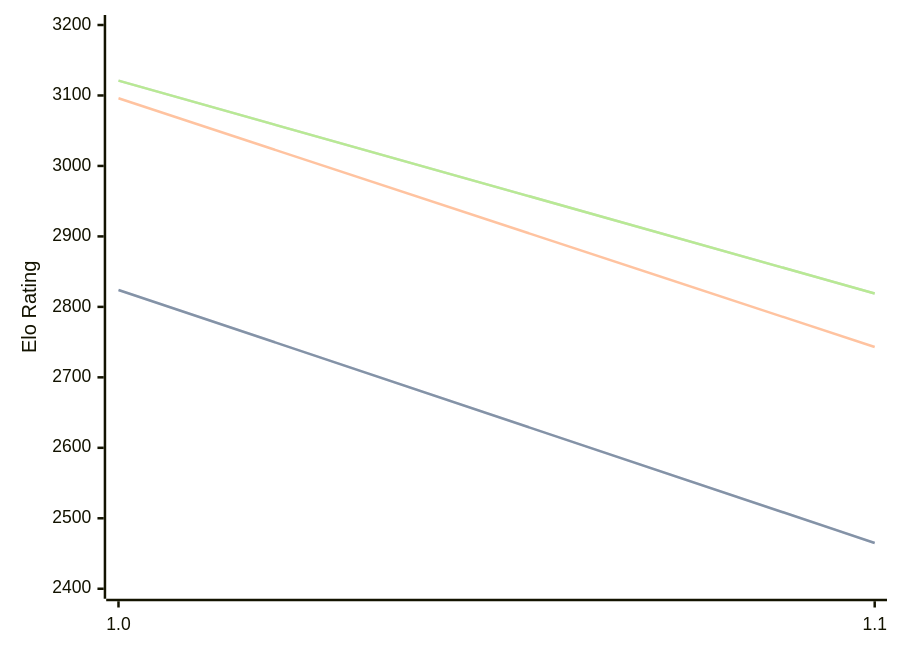
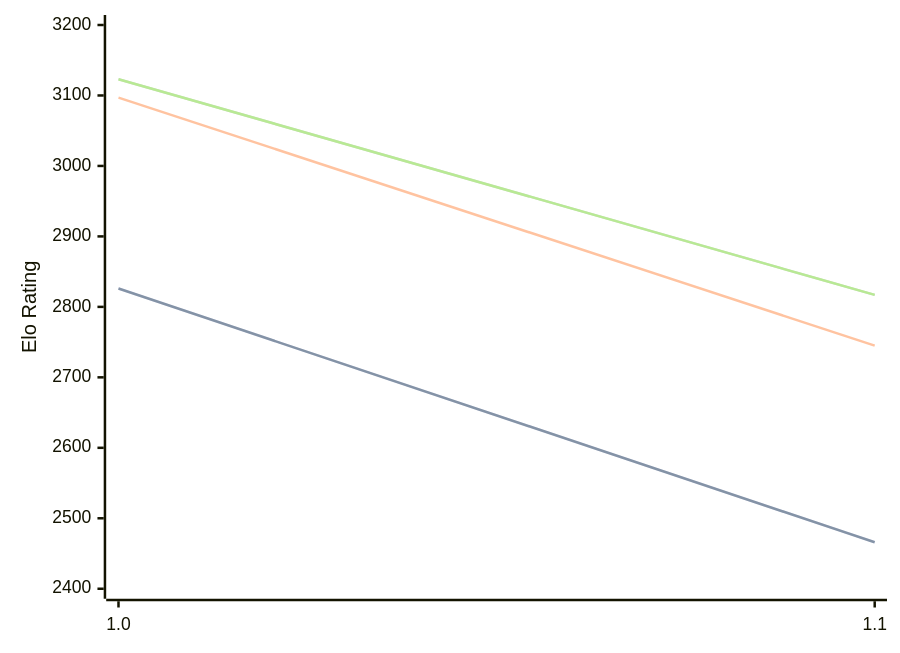
One commit to computer-chess-index/cci changed the third of 3 diagrams in engines/Publius.md. Above: the diagram before and after it, drawn with Mermaid. The commit also changed other lines of this file, not shown here.

Commit message:
Update CCI Ratings (ELO VLTC) - 2026-07-02

````diff
--- a/engines/Publius.md
+++ b/engines/Publius.md
@@ -65,11 +65,11 @@
 ```mermaid
 %%{init: {"theme":"base","themeVariables":{"seriesColors:['#a3a3a3','#222221','#faa371']}}}%%
 xychart-beta
   x-axis ["1.0", "1.1"]
   y-axis "Elo Rating" 2400 --> 3200
-  line "STC (8.0+0.08s)" [2824, 2465]
-  line "STC (8.0+0.08s)" [2824, 2465]
-  line "LTC (60.0+0.60s)" [3096, 2743]
-  line "VLTC (2m24s+1.12s)" [3121, 2819]
-  line "VLTC (2m24s+1.12s)" [3121, 2819]
+  line "STC (8.0+0.08s)" [2826, 2466]
+  line "STC (8.0+0.08s)" [2826, 2466]
+  line "LTC (60.0+0.60s)" [3097, 2745]
+  line "VLTC (2m24s+1.12s)" [3123, 2817]
+  line "VLTC (2m24s+1.12s)" [3123, 2817]
 ```
````
